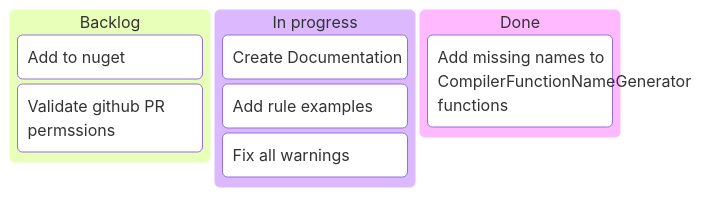
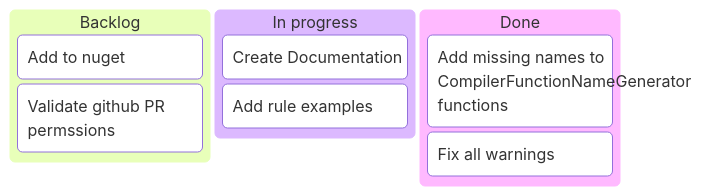
One commit to organized-puns/gg.parse changed the first of 2 diagrams in c_sharp/doc/todo.md. Above: the diagram before and after it, drawn with Mermaid. The commit also changed 15 other files, not shown here.

````diff
--- a/c_sharp/doc/todo.md
+++ b/c_sharp/doc/todo.md
@@ -6,17 +6,17 @@
 ```mermaid
 ---
 config:
   kanban:
     ticketBaseUrl: 'https://github.com/mermaid-js/mermaid/issues/#TICKET#'
 ---
 kanban
   Backlog
     [Add to nuget]
     [Validate github PR permssions]
   In progress
     [Create Documentation]
     [Add rule examples]
-    [Fix all warnings]
   Done
     [Add missing names to CompilerFunctionNameGenerator functions]   
+	[Fix all warnings]
 ```
````
